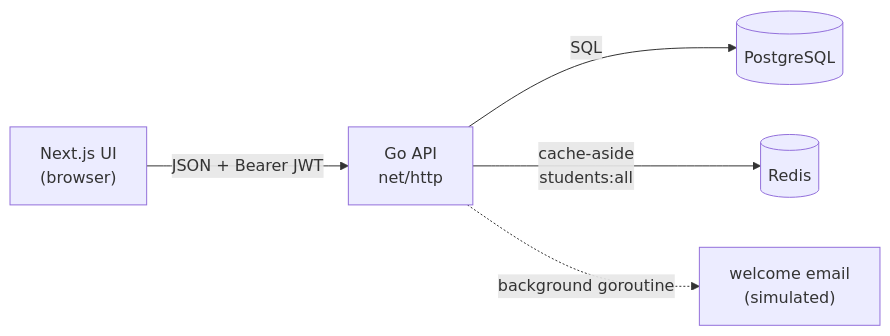
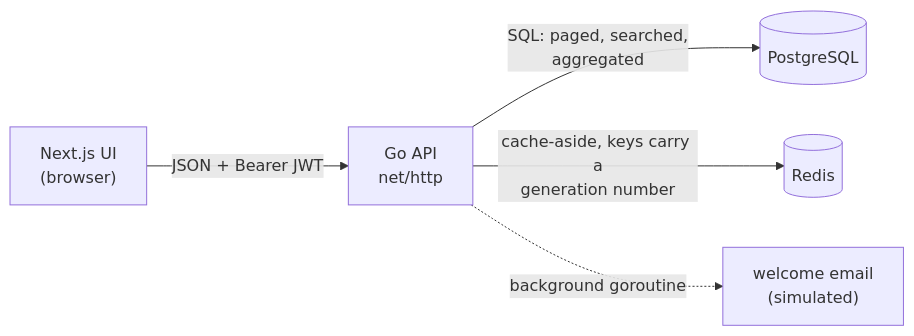
The diagram in README.md (ANAXMD/go-campus-ai), drawn with Mermaid before and after one commit. The commit also changed other lines of this file and 22 other files, not shown here.

````diff
--- a/README.md
+++ b/README.md
@@ -9,7 +9,7 @@
 ```mermaid
 flowchart LR
     UI["Next.js UI<br/>(browser)"] -- "JSON + Bearer JWT" --> API["Go API<br/>net/http"]
-    API -- "SQL" --> PG[("PostgreSQL")]
-    API -- "cache-aside<br/>students:all" --> R[("Redis")]
+    API -- "SQL: paged, searched,<br/>aggregated" --> PG[("PostgreSQL")]
+    API -- "cache-aside, keys carry a<br/>generation number" --> R[("Redis")]
     API -. "background goroutine" .-> M["welcome email<br/>(simulated)"]
 ```
````
